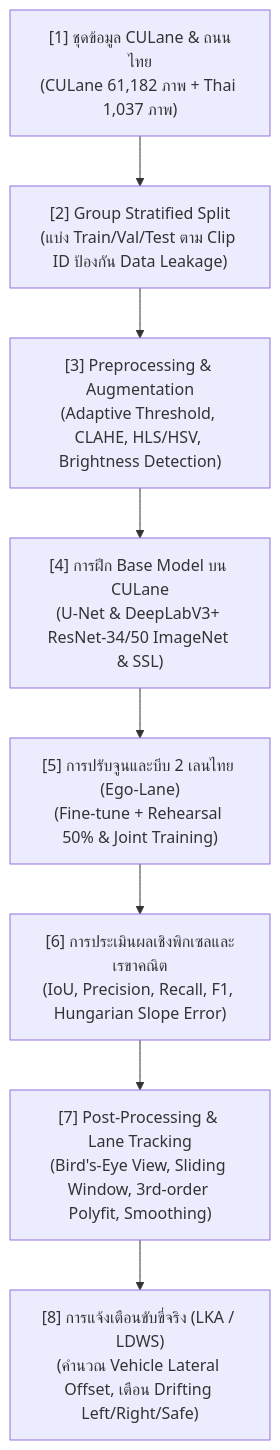
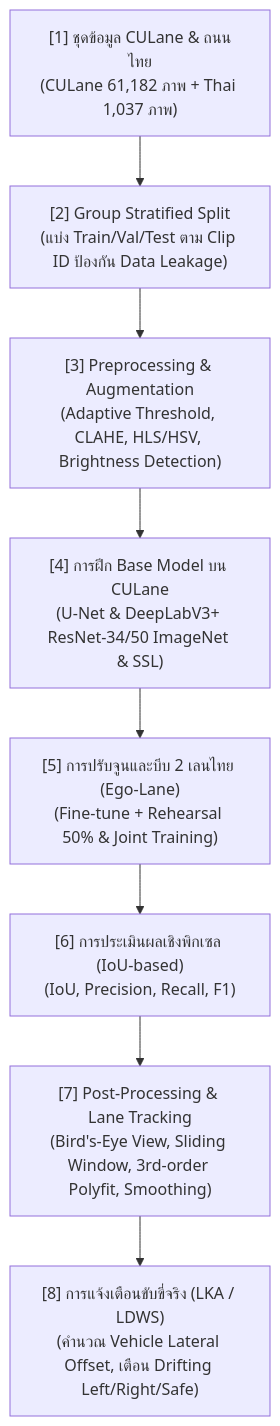
The diagram in cardashcam_train_model/README.md (660710095/Project-lane-detection-and-Tracking-), drawn with Mermaid before and after one commit. The commit also changed other lines of this file and 2 other files, not shown here.

First line of the commit message:
docs: measure by IoU (drop slope), add Thai label-quality (90.65%/55.16%)

````diff
--- a/cardashcam_train_model/README.md
+++ b/cardashcam_train_model/README.md
@@ -12,10 +12,10 @@
 ```mermaid
 flowchart TD
     S1["[1] ชุดข้อมูล CULane & ถนนไทย\n(CULane 61,182 ภาพ + Thai 1,037 ภาพ)"] --> S2["[2] Group Stratified Split\n(แบ่ง Train/Val/Test ตาม Clip ID ป้องกัน Data Leakage)"]
     S2 --> S3["[3] Preprocessing & Augmentation\n(Adaptive Threshold, CLAHE, HLS/HSV, Brightness Detection)"]
     S3 --> S4["[4] การฝึก Base Model บน CULane\n(U-Net & DeepLabV3+ ResNet-34/50 ImageNet & SSL)"]
     S4 --> S5["[5] การปรับจูนและบีบ 2 เลนไทย (Ego-Lane)\n(Fine-tune + Rehearsal 50% & Joint Training)"]
-    S5 --> S6["[6] การประเมินผลเชิงพิกเซลและเรขาคณิต\n(IoU, Precision, Recall, F1, Hungarian Slope Error)"]
+    S5 --> S6["[6] การประเมินผลเชิงพิกเซล (IoU-based)\n(IoU, Precision, Recall, F1)"]
     S6 --> S7["[7] Post-Processing & Lane Tracking\n(Bird's-Eye View, Sliding Window, 3rd-order Polyfit, Smoothing)"]
     S7 --> S8["[8] การแจ้งเตือนขับขี่จริง (LKA / LDWS)\n(คำนวณ Vehicle Lateral Offset, เตือน Drifting Left/Right/Safe)"]
 ```
````
